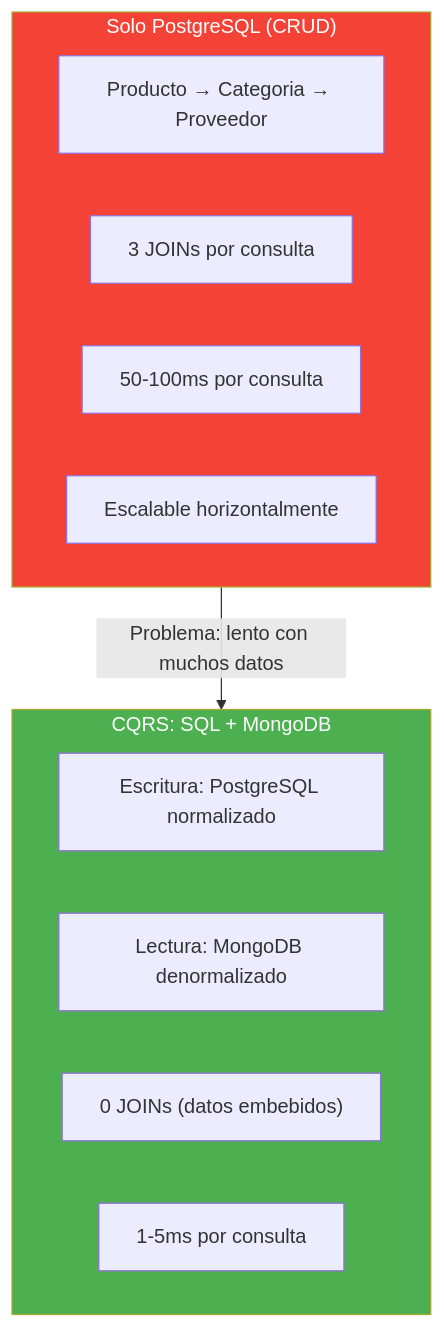
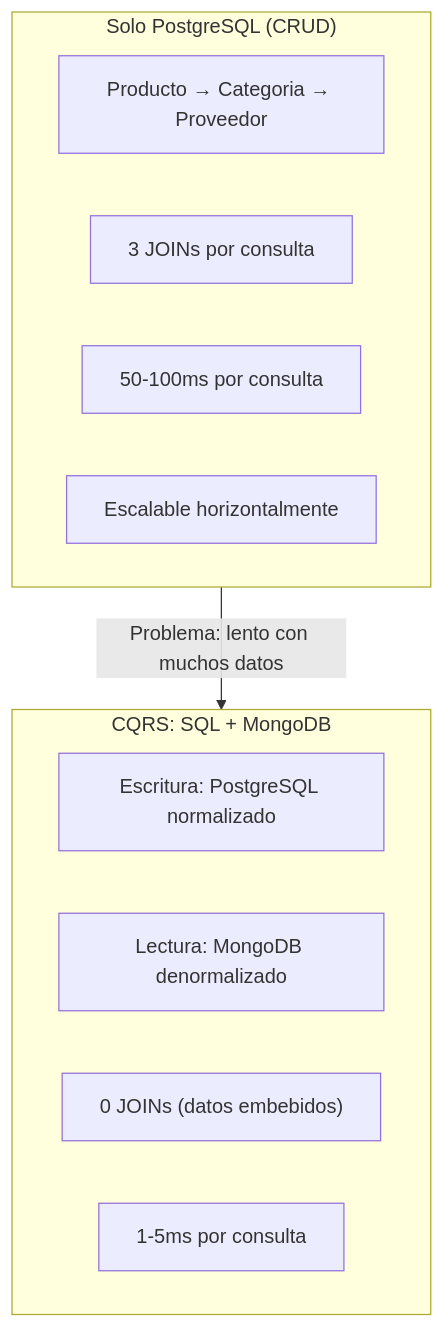
One commit to joseluisgs/DesarrolloWebEntornosServidor-02-2026-2027 changed the fifth of 24 diagrams in 30-cqrs-mediator.md. Above: the diagram before and after it, drawn with Mermaid. The commit also changed other lines of this file and 4 other files, not shown here.

Commit message:
docs: quitar el relleno a los subgraf de los diagramas de los temas 01, 10, 11, 19 y 30

````diff
--- a/30-cqrs-mediator.md
+++ b/30-cqrs-mediator.md
@@ -340,21 +336,19 @@
 ```mermaid
 flowchart TD
     subgraph SOLO_SQL["Solo PostgreSQL (CRUD)"]
         S1["Producto → Categoria → Proveedor"]
         S2["3 JOINs por consulta"]
         S3["50-100ms por consulta"]
         S4["Escalable horizontalmente"]
     end
 
     subgraph CQRS["CQRS: SQL + MongoDB"]
         C1["Escritura: PostgreSQL normalizado"]
         C2["Lectura: MongoDB denormalizado"]
         C3["0 JOINs (datos embebidos)"]
         C4["1-5ms por consulta"]
     end
 
     SOLO_SQL -->|"Problema: lento con muchos datos"| CQRS
 
-    style SOLO_SQL fill:#f44336,color:#fff
-    style CQRS fill:#4CAF50,color:#fff
 ```
````
